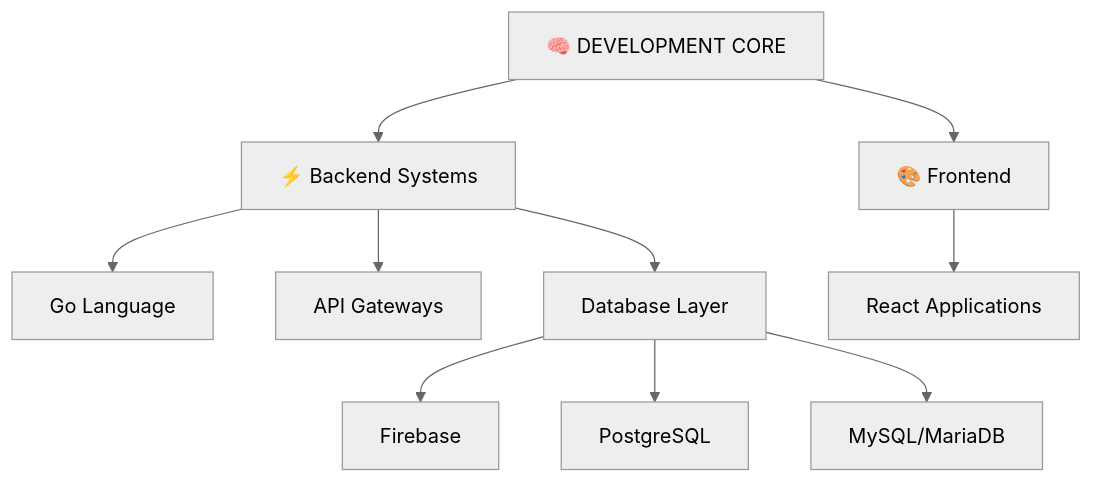
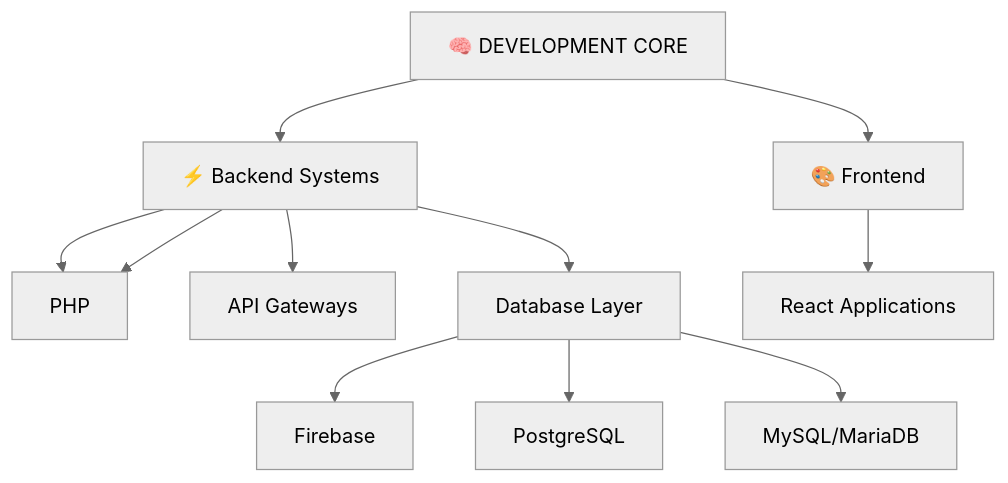
Before and after one commit to itsramaa/itsramaa: the diagram in readme.MD, drawn with Mermaid (neutral theme).

````diff
--- a/readme.MD
+++ b/readme.MD
@@ -15,12 +15,13 @@
 ```mermaid
 graph TD
     A[🧠 DEVELOPMENT CORE] --> B[⚡ Backend Systems]
     A --> C[🎨 Frontend] 
     B --> E[Go Language]
+    B --> E[PHP]
     B --> F[API Gateways]
     B --> G[Database Layer]
     C --> H[React Applications]
     G --> L[Firebase]
     G --> M[PostgreSQL]
     G --> N[MySQL/MariaDB]
 ```
````
